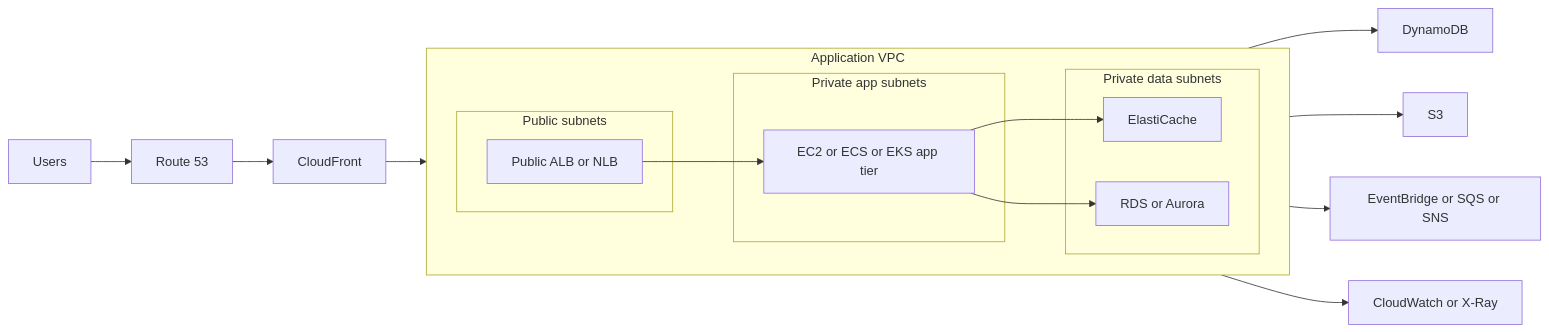
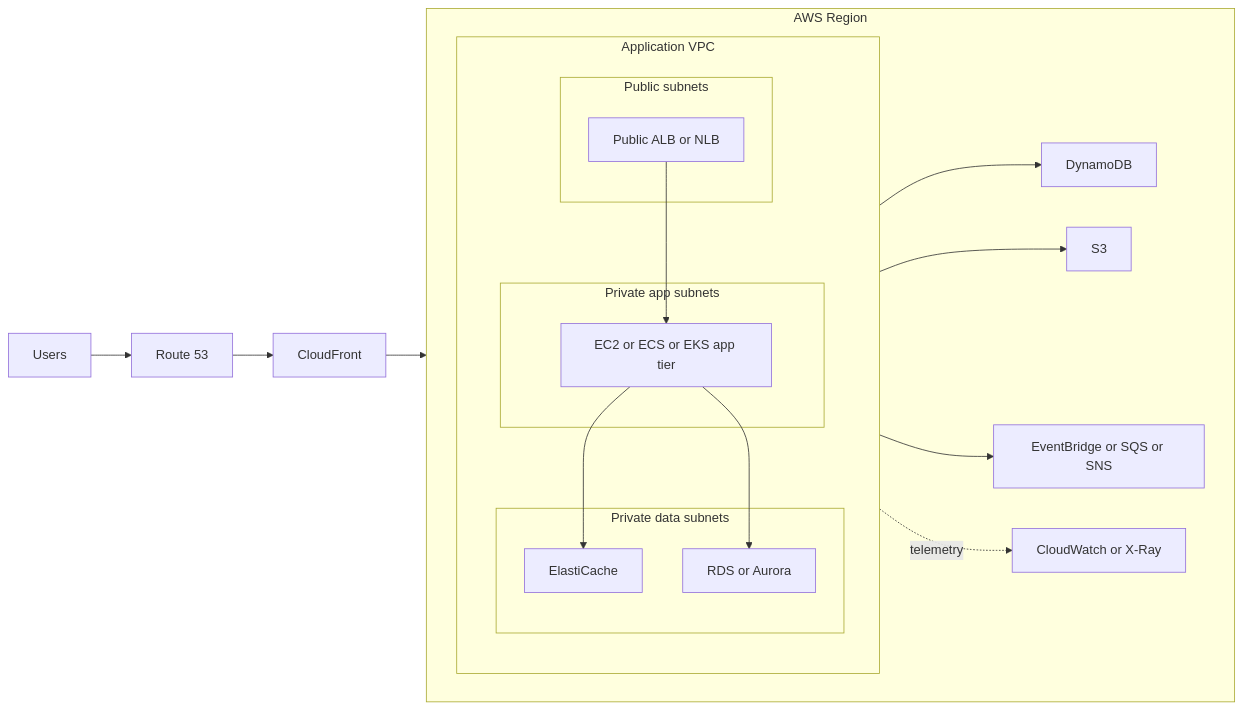
The second of 2 diagrams in 00 - AWS SAP-C02 Knowledge Hub.md (rooneyviet/aws-learning-obsidian), drawn with Mermaid before and after one commit. The commit also changed 16 other files, not shown here.

Commit message:
update diagrams

````diff
--- a/00 - AWS SAP-C02 Knowledge Hub.md
+++ b/00 - AWS SAP-C02 Knowledge Hub.md
@@ -140,31 +140,40 @@
 ```mermaid
 flowchart LR
     U[Users] --> R53[Route 53]
     R53 --> CF[CloudFront]
 
-    subgraph VPC["Application VPC"]
+    subgraph Region["AWS Region"]
         direction LR
 
-        subgraph Public["Public subnets"]
-            ALB[Public ALB or NLB]
+        subgraph VPC["Application VPC"]
+            direction TB
+
+            subgraph Public["Public subnets"]
+                ALB[Public ALB or NLB]
+            end
+
+            subgraph PrivateApp["Private app subnets"]
+                APP[EC2 or ECS or EKS app tier]
+            end
+
+            subgraph PrivateData["Private data subnets"]
+                CACHE[ElastiCache]
+                RDS[RDS or Aurora]
+            end
         end
 
-        subgraph PrivateApp["Private app subnets"]
-            APP[EC2 or ECS or EKS app tier]
-        end
-
-        subgraph PrivateData["Private data subnets"]
-            CACHE[ElastiCache]
-            RDS[RDS or Aurora]
-        end
+        DDB[DynamoDB]
+        S3[S3]
+        EV[EventBridge or SQS or SNS]
+        CW[CloudWatch or X-Ray]
     end
 
     CF --> ALB
     ALB --> APP
     APP --> CACHE
     APP --> RDS
-    APP --> DDB[DynamoDB]
-    APP --> S3[S3]
-    APP --> EV[EventBridge or SQS or SNS]
-    APP --> CW[CloudWatch or X-Ray]
+    APP --> DDB
+    APP --> S3
+    APP --> EV
+    APP -. telemetry .-> CW
 ```
````
